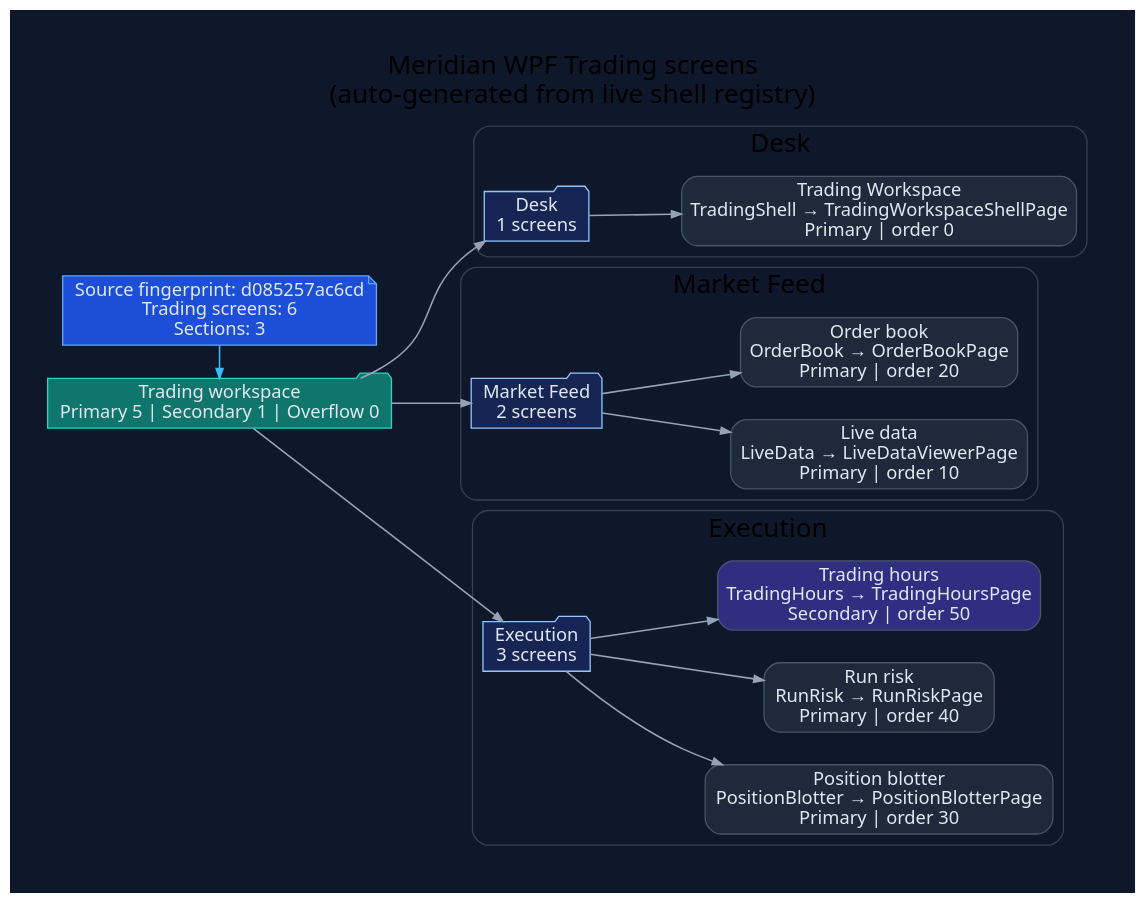
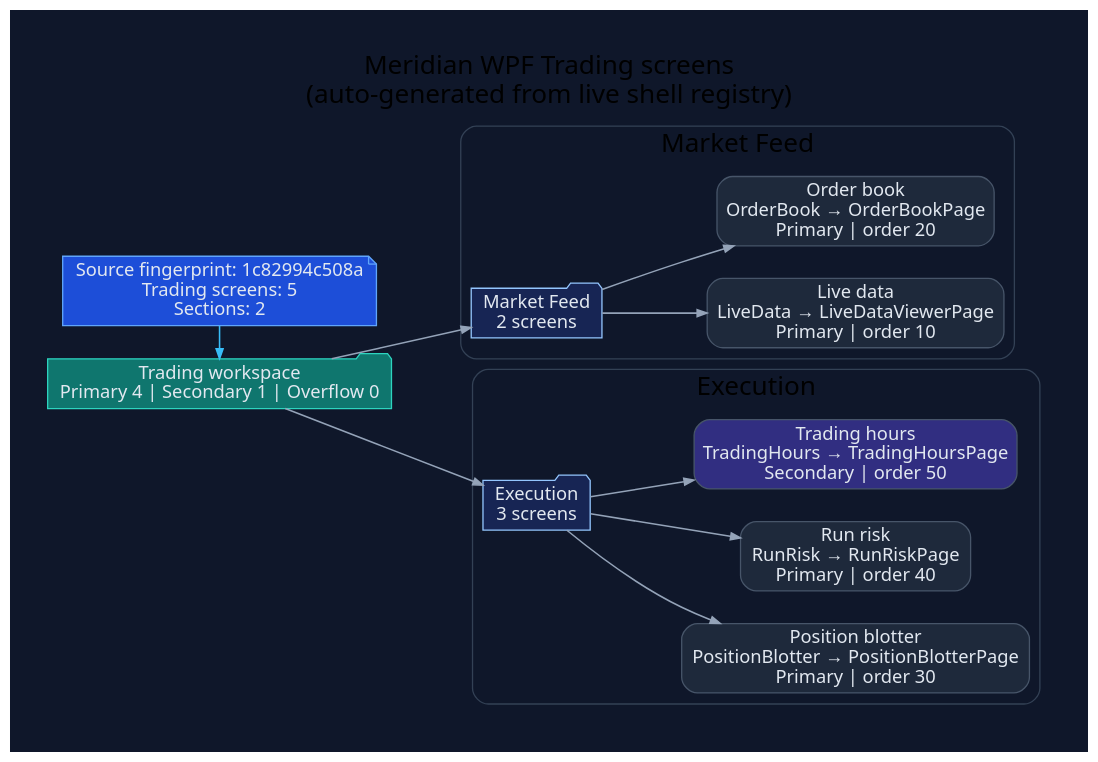
One commit to rodoHasArrived/Meridian-main changed the diagram in docs/diagrams/ui-wpf-screens-trading.dot. Above: the diagram before and after it, drawn with Graphviz. The commit also changed 50 other files, not shown here.

```diff
--- a/docs/diagrams/ui-wpf-screens-trading.dot
+++ b/docs/diagrams/ui-wpf-screens-trading.dot
@@ -1,62 +1,52 @@
 // -----------------------------------------------------------------------------
 // <auto-generated>
 // Generated by scripts/generate-diagrams.mjs.
 // Do not edit this file directly; update the WPF source files instead.
 // -----------------------------------------------------------------------------
 digraph WpfTradingScreens {
   graph [
     rankdir=LR,
     labelloc=t,
     label="Meridian WPF Trading screens\n(auto-generated from live shell registry)",
     fontname="Segoe UI",
     fontsize=20,
     pad=0.4,
     nodesep=0.35,
     ranksep=0.85,
     bgcolor="#0f172a"
   ];
   node [fontname="Segoe UI", shape=box, style="rounded,filled", color="#475569", fontcolor="#e2e8f0", fillcolor="#1e293b"];
   edge [fontname="Segoe UI", color="#94a3b8", penwidth=1.2, arrowsize=0.75];
 
-  generated [shape=note, fillcolor="#1d4ed8", color="#60a5fa", label="Source fingerprint: d085257ac6cd\nTrading screens: 6\nSections: 3"];
-  workspace [shape=folder, fillcolor="#0f766e", color="#2dd4bf", label="Trading workspace\nPrimary 5 | Secondary 1 | Overflow 0"];
+  generated [shape=note, fillcolor="#1d4ed8", color="#60a5fa", label="Source fingerprint: 1c82994c508a\nTrading screens: 5\nSections: 2"];
+  workspace [shape=folder, fillcolor="#0f766e", color="#2dd4bf", label="Trading workspace\nPrimary 4 | Secondary 1 | Overflow 0"];
   generated -> workspace [color="#38bdf8"];
 
   subgraph cluster_section_1 {
-    label="Desk";
+    label="Market Feed";
     color="#334155";
     style="rounded";
-    section_1 [shape=folder, fillcolor="#172554", color="#93c5fd", label="Desk\n1 screens"];
+    section_1 [shape=folder, fillcolor="#172554", color="#93c5fd", label="Market Feed\n2 screens"];
     workspace -> section_1;
-    screen_TradingShell [fillcolor="#1e293b", label="Trading Workspace\nTradingShell → TradingWorkspaceShellPage\nPrimary | order 0"];
-    section_1 -> screen_TradingShell;
+    screen_LiveData [fillcolor="#1e293b", label="Live data\nLiveData → LiveDataViewerPage\nPrimary | order 10"];
+    section_1 -> screen_LiveData;
+    screen_OrderBook [fillcolor="#1e293b", label="Order book\nOrderBook → OrderBookPage\nPrimary | order 20"];
+    section_1 -> screen_OrderBook;
   }
 
   subgraph cluster_section_2 {
-    label="Market Feed";
-    color="#334155";
-    style="rounded";
-    section_2 [shape=folder, fillcolor="#172554", color="#93c5fd", label="Market Feed\n2 screens"];
-    workspace -> section_2;
-    screen_LiveData [fillcolor="#1e293b", label="Live data\nLiveData → LiveDataViewerPage\nPrimary | order 10"];
-    section_2 -> screen_LiveData;
-    screen_OrderBook [fillcolor="#1e293b", label="Order book\nOrderBook → OrderBookPage\nPrimary | order 20"];
-    section_2 -> screen_OrderBook;
-  }
-
-  subgraph cluster_section_3 {
     label="Execution";
     color="#334155";
     style="rounded";
-    section_3 [shape=folder, fillcolor="#172554", color="#93c5fd", label="Execution\n3 screens"];
-    workspace -> section_3;
+    section_2 [shape=folder, fillcolor="#172554", color="#93c5fd", label="Execution\n3 screens"];
+    workspace -> section_2;
     screen_PositionBlotter [fillcolor="#1e293b", label="Position blotter\nPositionBlotter → PositionBlotterPage\nPrimary | order 30"];
-    section_3 -> screen_PositionBlotter;
+    section_2 -> screen_PositionBlotter;
     screen_RunRisk [fillcolor="#1e293b", label="Run risk\nRunRisk → RunRiskPage\nPrimary | order 40"];
-    section_3 -> screen_RunRisk;
+    section_2 -> screen_RunRisk;
     screen_TradingHours [fillcolor="#312e81", label="Trading hours\nTradingHours → TradingHoursPage\nSecondary | order 50"];
-    section_3 -> screen_TradingHours;
+    section_2 -> screen_TradingHours;
   }
 
   { rank=min; generated; workspace; }
 }
```
